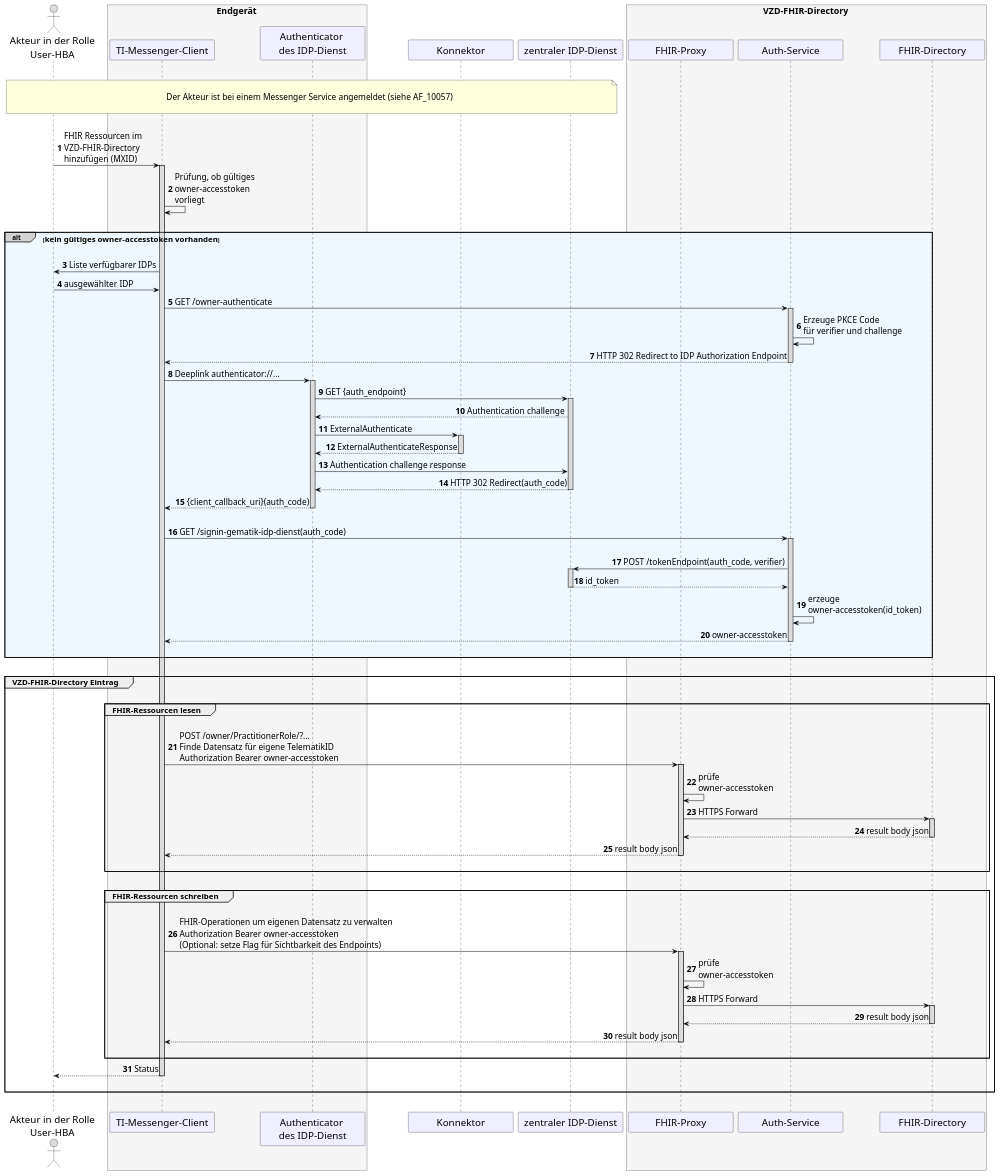
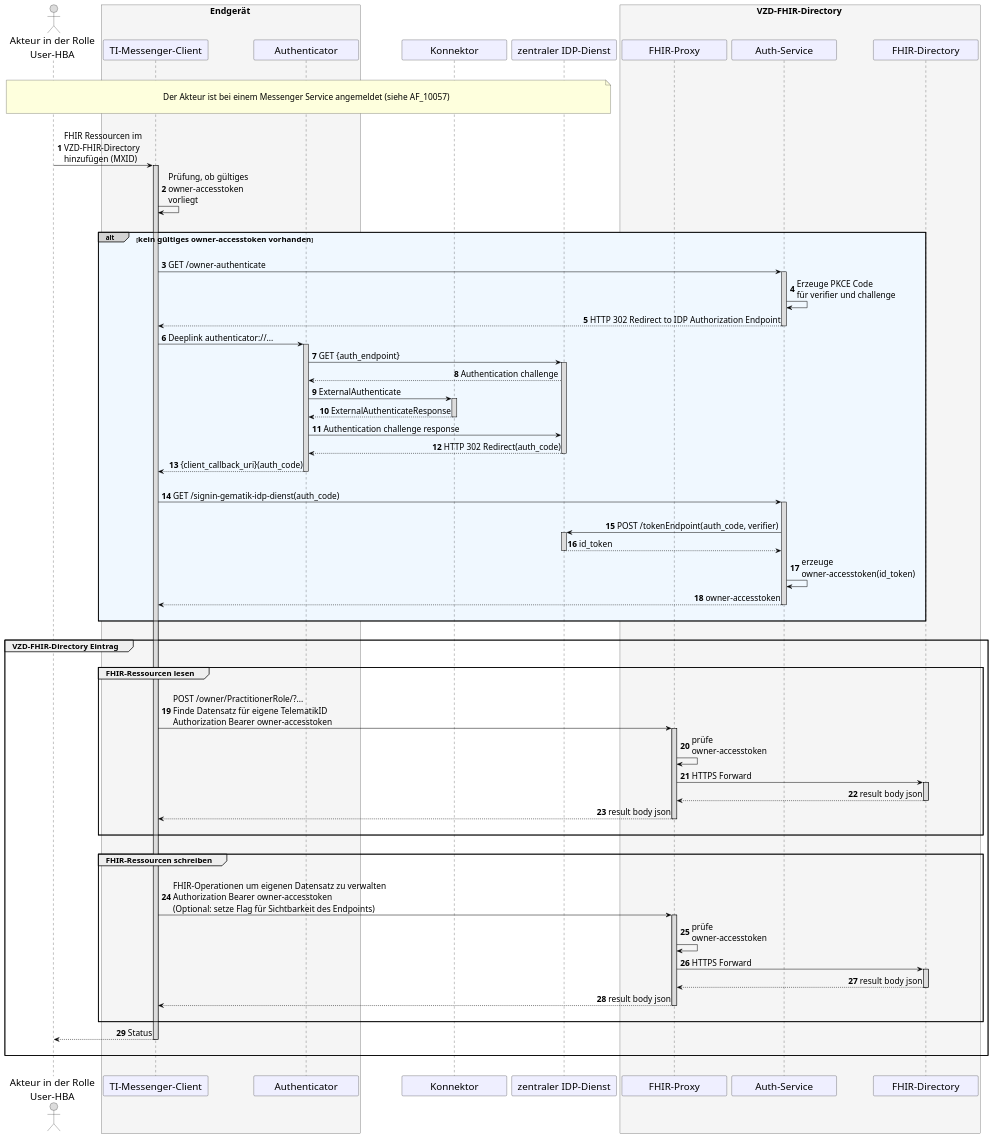
Before and after one commit to gematik/api-ti-messenger: the diagram in src/plantuml/TI-Messenger-Dienst/Ressourcen/UC_10058_Seq.puml, drawn with PlantUML. The commit also changed 2 other files, not shown here.

Commit message:
removed list of available IDPs

```diff
--- a/src/plantuml/TI-Messenger-Dienst/Ressourcen/UC_10058_Seq.puml
+++ b/src/plantuml/TI-Messenger-Dienst/Ressourcen/UC_10058_Seq.puml
@@ -9,140 +9,134 @@
 @startuml
 skinparam sequenceMessageAlign direction
 skinparam minClassWidth 200
 skinparam BoxPadding 1
 skinparam sequenceReferenceHeaderBackgroundColor palegreen
 scale max 2048 width
 
 skinparam sequence {
 ArrowColor black
 ArrowFontSize 17
 ActorBorderColor black
 LifeLineBorderColor black
 LifeLineBackgroundColor Gainsboro
 
 ParticipantBorderColor Motivation
 ParticipantBackgroundColor Motivation
-ParticipantFontName Impact
 ParticipantFontSize 20
 ParticipantFontColor black
 ParticipantBorderColor Black
-ParticipantBackgroundColor MOTIVATION
 
 ActorBackgroundColor Gainsboro
 ActorFontColor black
 ActorFontSize 20
-ActorFontName Aapex
 }
 
 autonumber
 
 actor U as "Akteur in der Rolle\nUser-HBA"
 box <size:18>Endgerät</size> #WhiteSmoke
   participant C as "TI-Messenger-Client"
-  participant A as "Authenticator \ndes IDP-Dienst"
+  participant A as "Authenticator"
 end box
 participant konnektor as "Konnektor"
 participant I as "zentraler IDP-Dienst" 
 box <size:18>VZD-FHIR-Directory</size> #WhiteSmoke
   participant FP as "FHIR-Proxy"
   participant Auth as "Auth-Service"
   participant VZD as "FHIR-Directory"
 end box
 
 |||
 note over U, I: \n<size:17>Der Akteur ist bei einem Messenger Service angemeldet (siehe AF_10057)</size>\n
 |||
 
 U->C: FHIR Ressourcen im \nVZD-FHIR-Directory \nhinzufügen (MXID)
   Activate C
 C->C: Prüfung, ob gültiges \nowner-accesstoken \nvorliegt
 
 |||
 alt#LightGrey #AliceBlue <size:16>kein gültiges owner-accesstoken vorhanden</size>
 |||
-
-  C->U: Liste verfügbarer IDPs
-  U->C: ausgewählter IDP
 
   C->Auth: GET /owner-authenticate
     Activate Auth
   Auth->Auth: Erzeuge PKCE Code \nfür verifier und challenge
   Auth-->C: HTTP 302 Redirect to IDP Authorization Endpoint
   Deactivate Auth
 
   C->A++: Deeplink authenticator://...
   A->I: GET {auth_endpoint}
   Activate I
 
   'C->I: GET /authorize
   I-->A: Authentication challenge
   A->konnektor++: ExternalAuthenticate
 
   'Activate A
   konnektor --> A: ExternalAuthenticateResponse
   deactivate konnektor
   
   A->I: Authentication challenge response
   I-->A: HTTP 302 Redirect(auth_code)
   Deactivate I
   A-->C: {client_callback_uri}(auth_code)
 'checkpoint
 
     Deactivate A
        
   |||          
   C->Auth: GET /signin-gematik-idp-dienst(auth_code)
     Activate Auth
   |||
   Auth->I: POST /tokenEndpoint(auth_code, verifier)
   Activate I
   return id_token
   Deactivate I
   Auth->Auth: erzeuge \nowner-accesstoken(id_token)
   Auth-->C: owner-accesstoken
     Deactivate Auth
   |||
 end
       
 |||
 
 group <size:16>VZD-FHIR-Directory Eintrag</size>
   |||
   group <size:16>FHIR-Ressourcen lesen</size>
   |||
   C->FP: POST /owner/PractitionerRole/?... \nFinde Datensatz für eigene TelematikID \nAuthorization Bearer owner-accesstoken
     Activate FP
   FP->FP: prüfe \nowner-accesstoken
   FP->VZD: HTTPS Forward
     Activate VZD
   VZD-->FP: result body json
     Deactivate VZD
   FP-->C: result body json
     Deactivate FP
   |||
   end
     
   |||
   group <size:16>FHIR-Ressourcen schreiben</size>
   |||
   C->FP: FHIR-Operationen um eigenen Datensatz zu verwalten \nAuthorization Bearer owner-accesstoken \n(Optional: setze Flag für Sichtbarkeit des Endpoints)
     Activate FP
   FP->FP: prüfe \nowner-accesstoken
   FP->VZD: HTTPS Forward
     Activate VZD
   VZD-->FP: result body json
     Deactivate VZD
   FP-->C: result body json
     Deactivate FP
      
   |||
   end
 
   C-->U: Status    
     Deactivate C
   |||
 end
 |||
 
   Deactivate C
 @enduml
```
